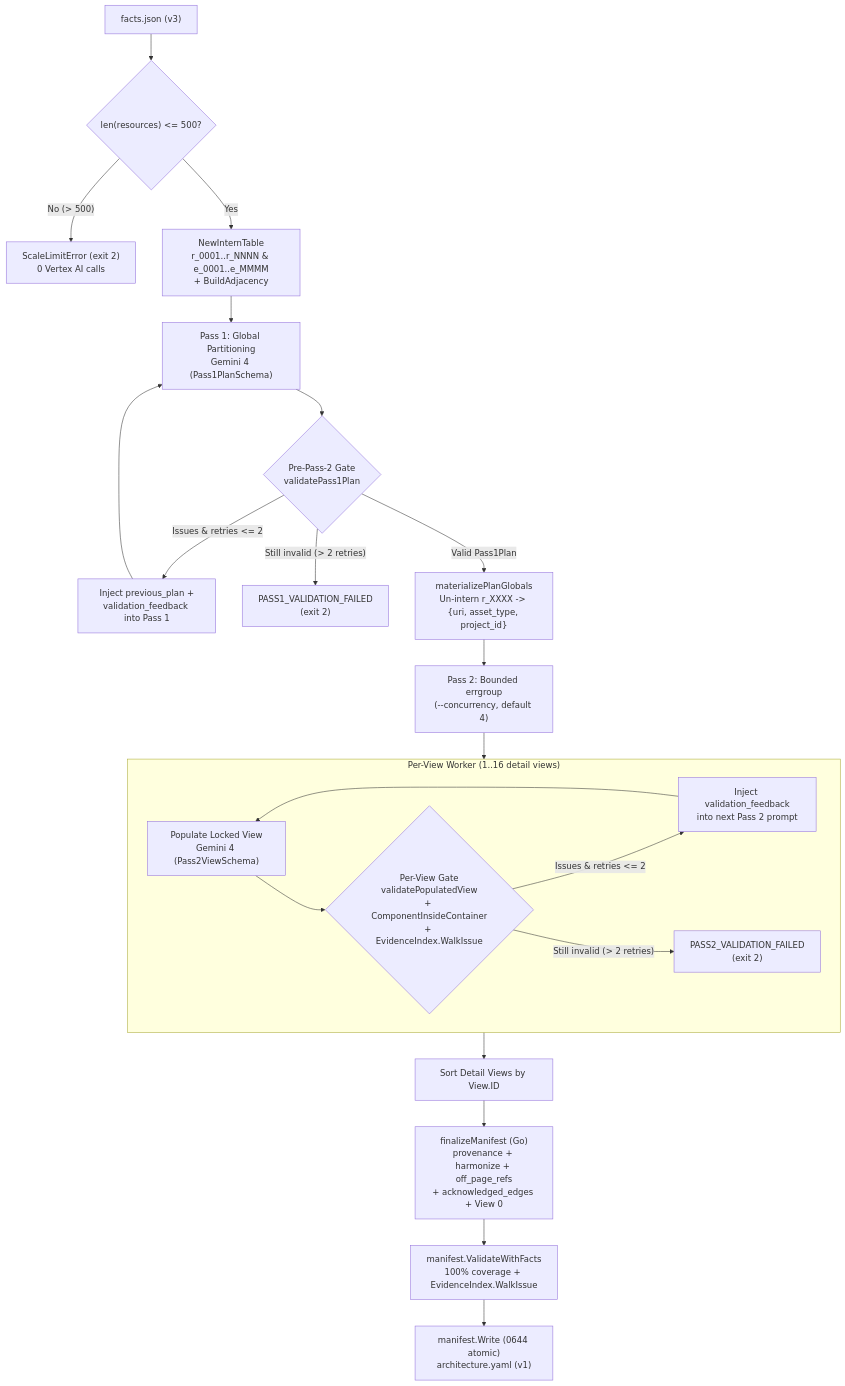
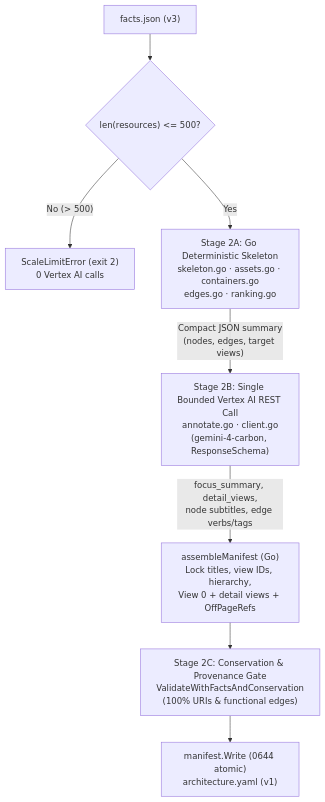
Before and after one commit to arrase/gcp-arch: the first of 2 diagrams in gh-pages/synthesis.md, drawn with Mermaid. The commit also changed other lines of this file and 171 other files, not shown here.

````diff
--- a/gh-pages/synthesis.md
+++ b/gh-pages/synthesis.md
@@ -146,28 +71,11 @@
 ```mermaid
 flowchart TD
     Facts["facts.json (v3)"] --> Cap{"len(resources) <= 500?"}
     Cap -- "No (> 500)" --> ErrCap["ScaleLimitError (exit 2)\n0 Vertex AI calls"]
-    Cap -- "Yes" --> Intern["NewInternTable\nr_0001..r_NNNN & e_0001..e_MMMM\n+ BuildAdjacency"]
+    Cap -- "Yes" --> Skel["Stage 2A: Go Deterministic Skeleton\nskeleton.go · assets.go · containers.go\nedges.go · ranking.go"]
 
-    Intern --> P1["Pass 1: Global Partitioning\nGemini 4 (Pass1PlanSchema)"]
-    P1 --> Gate1{"Pre-Pass-2 Gate\nvalidatePass1Plan"}
-    Gate1 -- "Issues & retries <= 2" --> P1Retry["Inject previous_plan +\nvalidation_feedback into Pass 1"]
-    P1Retry --> P1
-    Gate1 -- "Still invalid (> 2 retries)" --> ErrP1["PASS1_VALIDATION_FAILED\n(exit 2)"]
-
-    Gate1 -- "Valid Pass1Plan" --> Mat["materializePlanGlobals\nUn-intern r_XXXX -> {uri, asset_type, project_id}"]
-    Mat --> P2Pool["Pass 2: Bounded errgroup\n(--concurrency, default 4)"]
-
-    subgraph P2Worker ["Per-View Worker (1..16 detail views)"]
-        P2["Populate Locked View\nGemini 4 (Pass2ViewSchema)"] --> Gate2{"Per-View Gate\nvalidatePopulatedView\n+ ComponentInsideContainer\n+ EvidenceIndex.WalkIssue"}
-        Gate2 -- "Issues & retries <= 2" --> P2Retry["Inject validation_feedback\ninto next Pass 2 prompt"]
-        P2Retry --> P2
-        Gate2 -- "Still invalid (> 2 retries)" --> ErrP2["PASS2_VALIDATION_FAILED\n(exit 2)"]
-    end
-
-    P2Pool --> P2Worker
-    P2Worker --> SortViews["Sort Detail Views by View.ID"]
-    SortViews --> Finalize["finalizeManifest (Go)\nprovenance + harmonize + off_page_refs\n+ acknowledged_edges + View 0"]
-    Finalize --> FinalGate["manifest.ValidateWithFacts\n100% coverage + EvidenceIndex.WalkIssue"]
-    FinalGate --> Write["manifest.Write (0644 atomic)\narchitecture.yaml (v1)"]
+    Skel -->|"Compact JSON summary\n(nodes, edges, target views)"| Annot["Stage 2B: Single Bounded Vertex AI REST Call\nannotate.go · client.go\n(gemini-4-carbon, ResponseSchema)"]
+    Annot -->|"focus_summary, detail_views,\nnode subtitles, edge verbs/tags"| Assemble["assembleManifest (Go)\nLock titles, view IDs, hierarchy,\nView 0 + detail views + OffPageRefs"]
+    Assemble --> Gate["Stage 2C: Conservation & Provenance Gate\nValidateWithFactsAndConservation\n(100% URIs & functional edges)"]
+    Gate --> Write["manifest.Write (0644 atomic)\narchitecture.yaml (v1)"]
 ```
````
